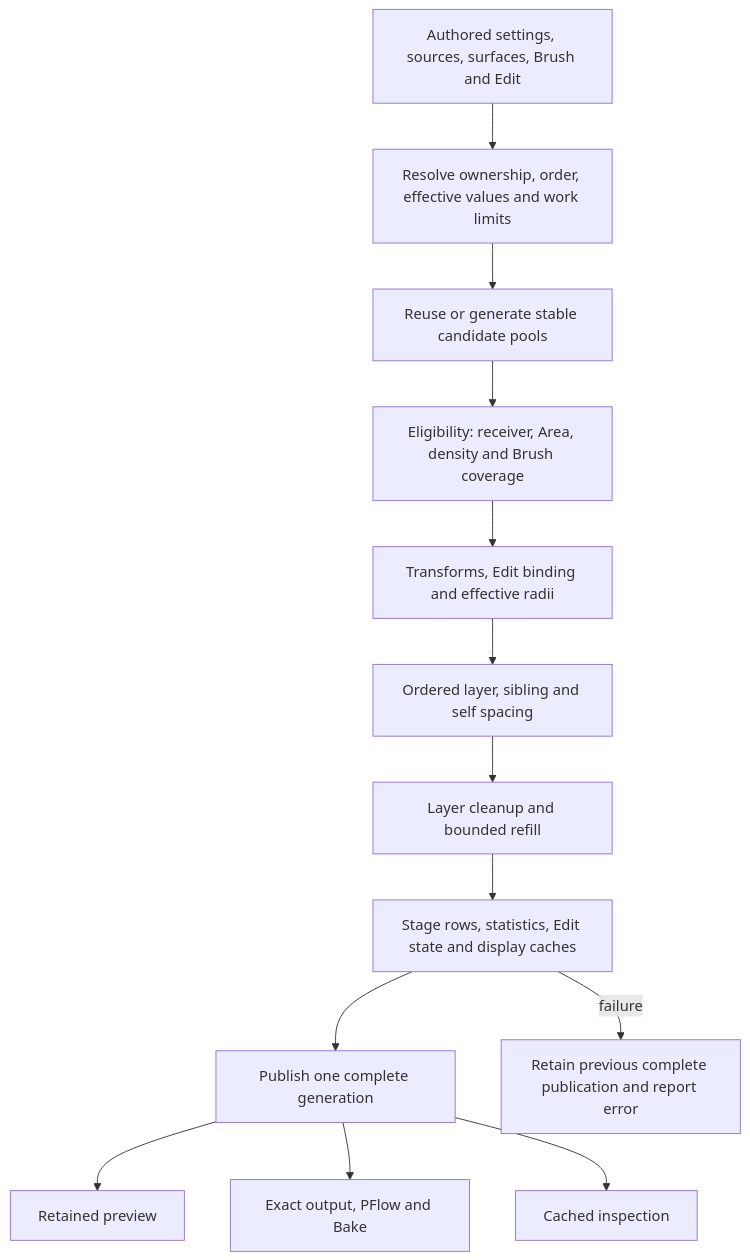
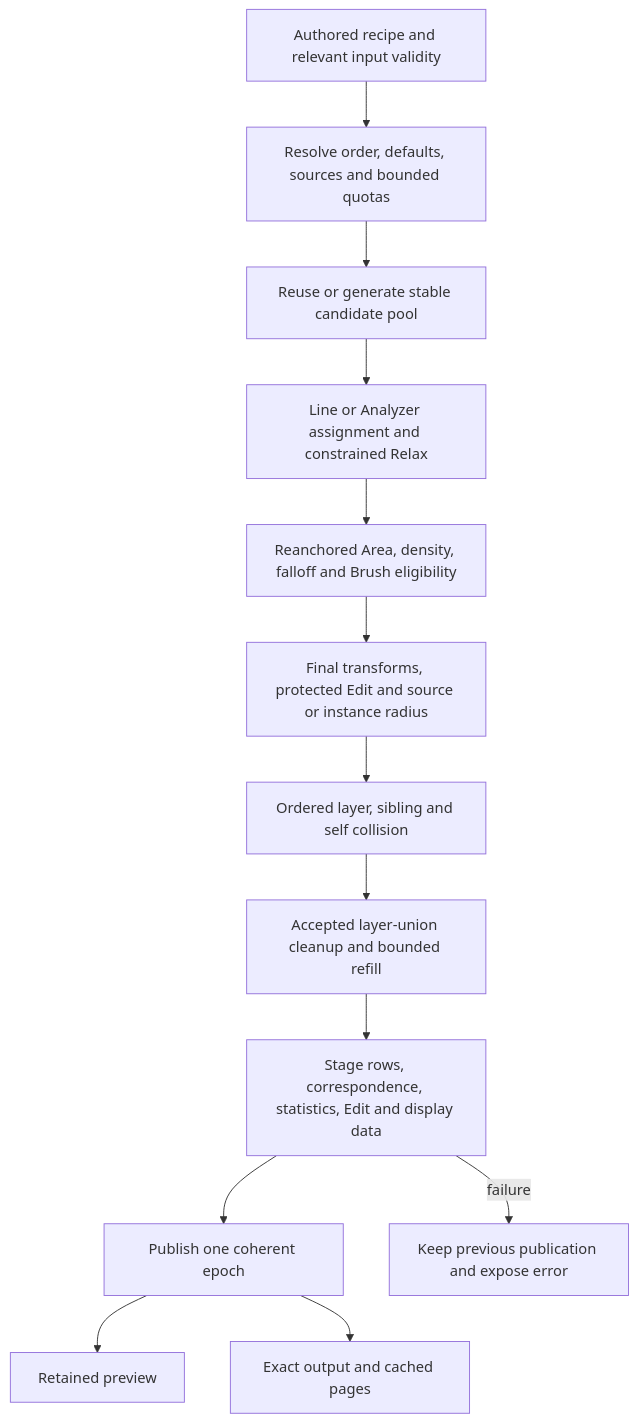
One commit to MehranCyrus/Cyrus-Scatter changed the diagram in docs/Current_System_2026-10-05/SYSTEM_GUIDE.md. Above: the diagram before and after it, drawn with Mermaid. The commit also changed other lines of this file and 530 other files, not shown here.

````diff
--- a/docs/Current_System_2026-10-05/SYSTEM_GUIDE.md
+++ b/docs/Current_System_2026-10-05/SYSTEM_GUIDE.md
@@ -33,15 +21,15 @@
 ```mermaid
 flowchart TD
-    A[Authored settings, sources, surfaces, Brush and Edit] --> B[Resolve ownership, order, effective values and work limits]
-    B --> C[Reuse or generate stable candidate pools]
-    C --> D[Eligibility: receiver, Area, density and Brush coverage]
-    D --> E[Transforms, Edit binding and effective radii]
-    E --> F[Ordered layer, sibling and self spacing]
-    F --> G[Layer cleanup and bounded refill]
-    G --> H[Stage rows, statistics, Edit state and display caches]
-    H --> I[Publish one complete generation]
-    I --> J[Retained preview]
-    I --> K[Exact output, PFlow and Bake]
-    I --> L[Cached inspection]
-    H -->|failure| M[Retain previous complete publication and report error]
+    A[Authored recipe and relevant input validity] --> B[Resolve order, defaults, sources and bounded quotas]
+    B --> C[Reuse or generate stable candidate pool]
+    C --> D[Line or Analyzer assignment and constrained Relax]
+    D --> E[Reanchored Area, density, falloff and Brush eligibility]
+    E --> F[Final transforms, protected Edit and source or instance radius]
+    F --> G[Ordered layer, sibling and self collision]
+    G --> H[Accepted layer-union cleanup and bounded refill]
+    H --> I[Stage rows, correspondence, statistics, Edit and display data]
+    I --> J[Publish one coherent epoch]
+    J --> K[Retained preview]
+    J --> L[Exact output and cached pages]
+    I -->|failure| M[Keep previous publication and expose error]
 ```
````
